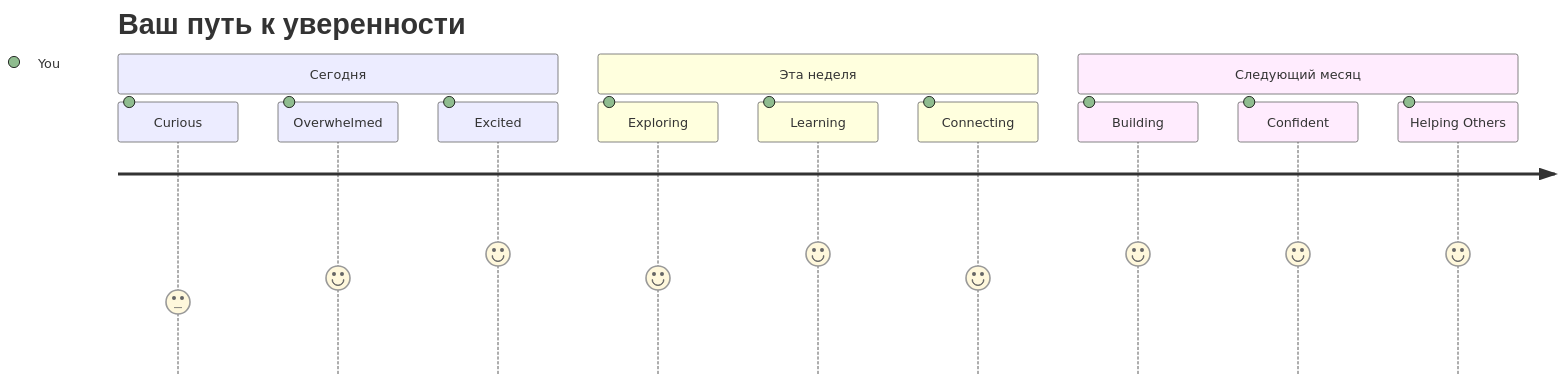
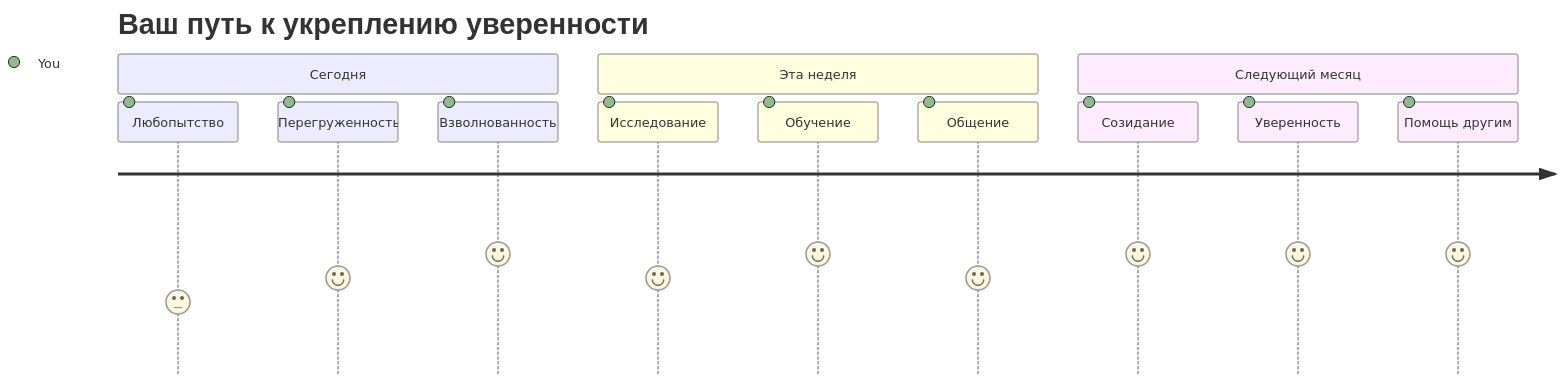
Before and after one commit to microsoft/Web-Dev-For-Beginners: the seventh of 7 diagrams in translations/ru/1-getting-started-lessons/1-intro-to-programming-languages/README.md, drawn with Mermaid. The commit also changed other lines of this file and 8 other files, not shown here.

````diff
--- a/translations/ru/1-getting-started-lessons/1-intro-to-programming-languages/README.md
+++ b/translations/ru/1-getting-started-lessons/1-intro-to-programming-languages/README.md
@@ -833,16 +831,16 @@
 ```mermaid
 journey
-    title Ваш путь к уверенности
+    title Ваш путь к укреплению уверенности
     section Сегодня
-      Curious: 3: You
-      Overwhelmed: 4: You
-      Excited: 5: You
+      Любопытство: 3: You
+      Перегруженность: 4: You
+      Взволнованность: 5: You
     section Эта неделя
-      Exploring: 4: You
-      Learning: 5: You
-      Connecting: 4: You
+      Исследование: 4: You
+      Обучение: 5: You
+      Общение: 4: You
     section Следующий месяц
-      Building: 5: You
-      Confident: 5: You
-      Helping Others: 5: You
+      Созидание: 5: You
+      Уверенность: 5: You
+      Помощь другим: 5: You
 ```
````
